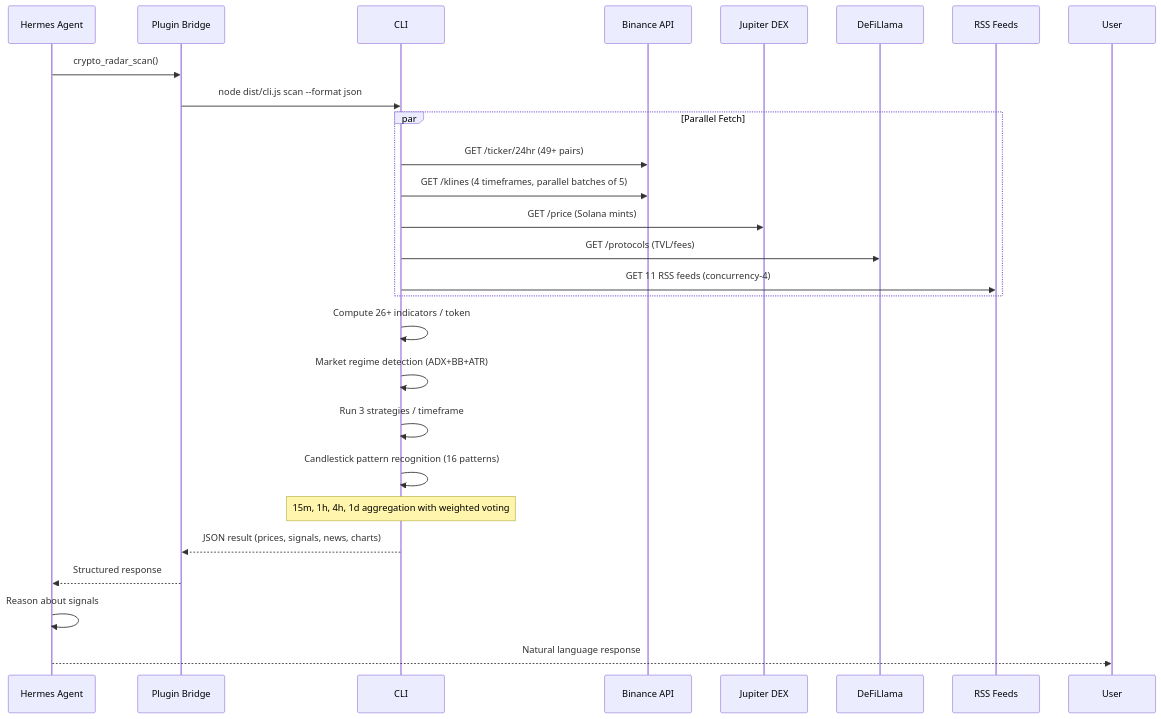
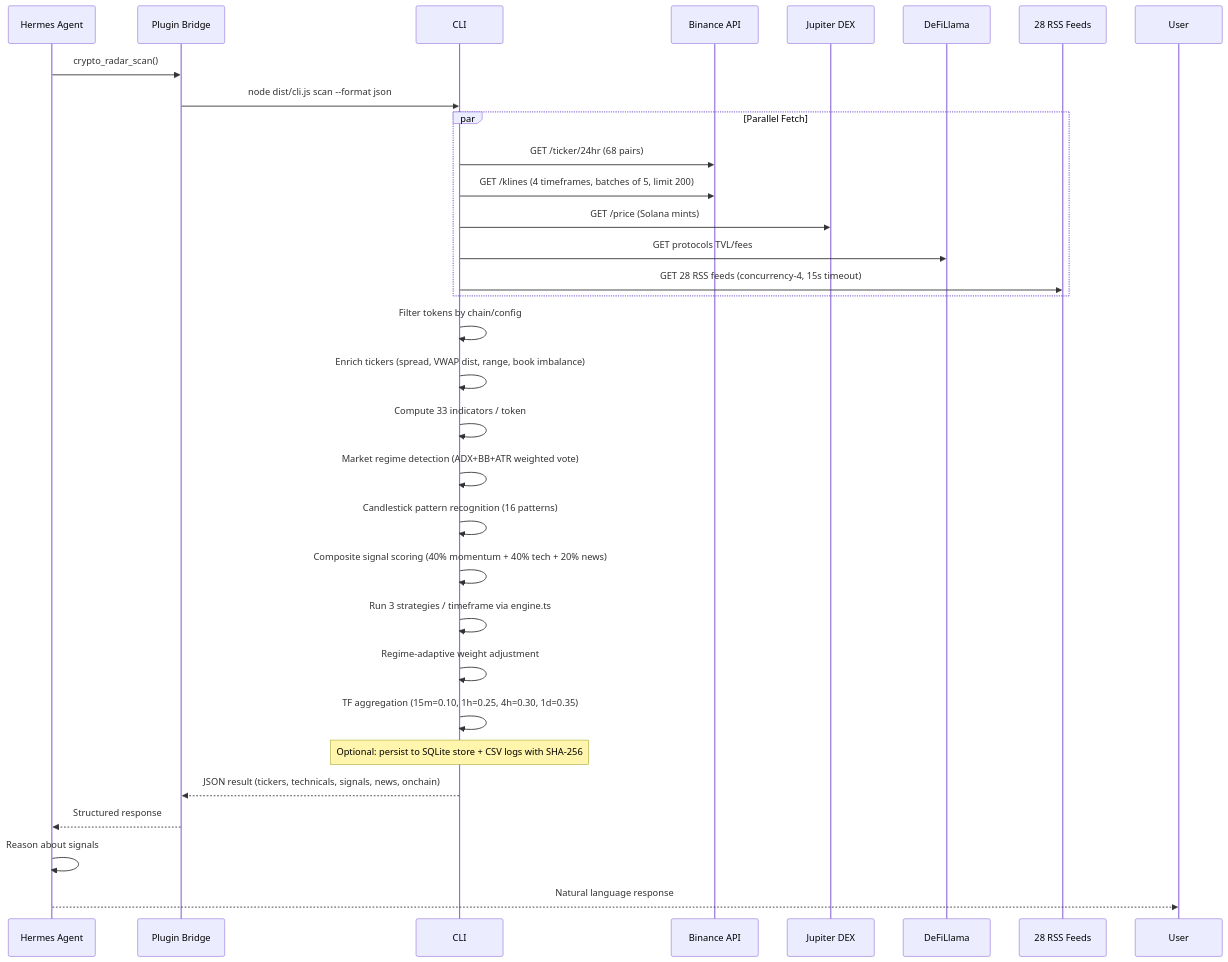
The second of 4 diagrams in README.md (ssdeanx/Hermes-Crypto-Radar), drawn with Mermaid before and after one commit. The commit also changed other lines of this file and 34 other files, not shown here.

````diff
--- a/README.md
+++ b/README.md
@@ -279,33 +288,38 @@
 ```mermaid
 sequenceDiagram
     participant Agent as Hermes Agent
     participant Plugin as Plugin Bridge
     participant CLI as CLI
     participant Binance as Binance API
     participant Jupiter as Jupiter DEX
     participant DefiLlama as DeFiLlama
-    participant News as RSS Feeds
+    participant News as 28 RSS Feeds
 
     Agent->>Plugin: crypto_radar_scan()
     Plugin->>CLI: node dist/cli.js scan --format json
 
     par Parallel Fetch
-        CLI->>Binance: GET /ticker/24hr (49+ pairs)
-        CLI->>Binance: GET /klines (4 timeframes, parallel batches of 5)
+        CLI->>Binance: GET /ticker/24hr (68 pairs)
+        CLI->>Binance: GET /klines (4 timeframes, batches of 5, limit 200)
         CLI->>Jupiter: GET /price (Solana mints)
-        CLI->>DefiLlama: GET /protocols (TVL/fees)
-        CLI->>News: GET 11 RSS feeds (concurrency-4)
+        CLI->>DefiLlama: GET protocols TVL/fees
+        CLI->>News: GET 28 RSS feeds (concurrency-4, 15s timeout)
     end
 
-    CLI->>CLI: Compute 26+ indicators / token
-    CLI->>CLI: Market regime detection (ADX+BB+ATR)
-    CLI->>CLI: Run 3 strategies / timeframe
+    CLI->>CLI: Filter tokens by chain/config
+    CLI->>CLI: Enrich tickers (spread, VWAP dist, range, book imbalance)
+    CLI->>CLI: Compute 33 indicators / token
+    CLI->>CLI: Market regime detection (ADX+BB+ATR weighted vote)
     CLI->>CLI: Candlestick pattern recognition (16 patterns)
+    CLI->>CLI: Composite signal scoring (40% momentum + 40% tech + 20% news)
+    CLI->>CLI: Run 3 strategies / timeframe via engine.ts
+    CLI->>CLI: Regime-adaptive weight adjustment
+    CLI->>CLI: TF aggregation (15m=0.10, 1h=0.25, 4h=0.30, 1d=0.35)
 
-    Note over CLI: 15m, 1h, 4h, 1d aggregation with weighted voting
+    Note over CLI: Optional: persist to SQLite store + CSV logs with SHA-256
 
-    CLI-->>Plugin: JSON result (prices, signals, news, charts)
+    CLI-->>Plugin: JSON result (tickers, technicals, signals, news, onchain)
     Plugin-->>Agent: Structured response
     Agent->>Agent: Reason about signals
     Agent-->>User: Natural language response
 ```
````
